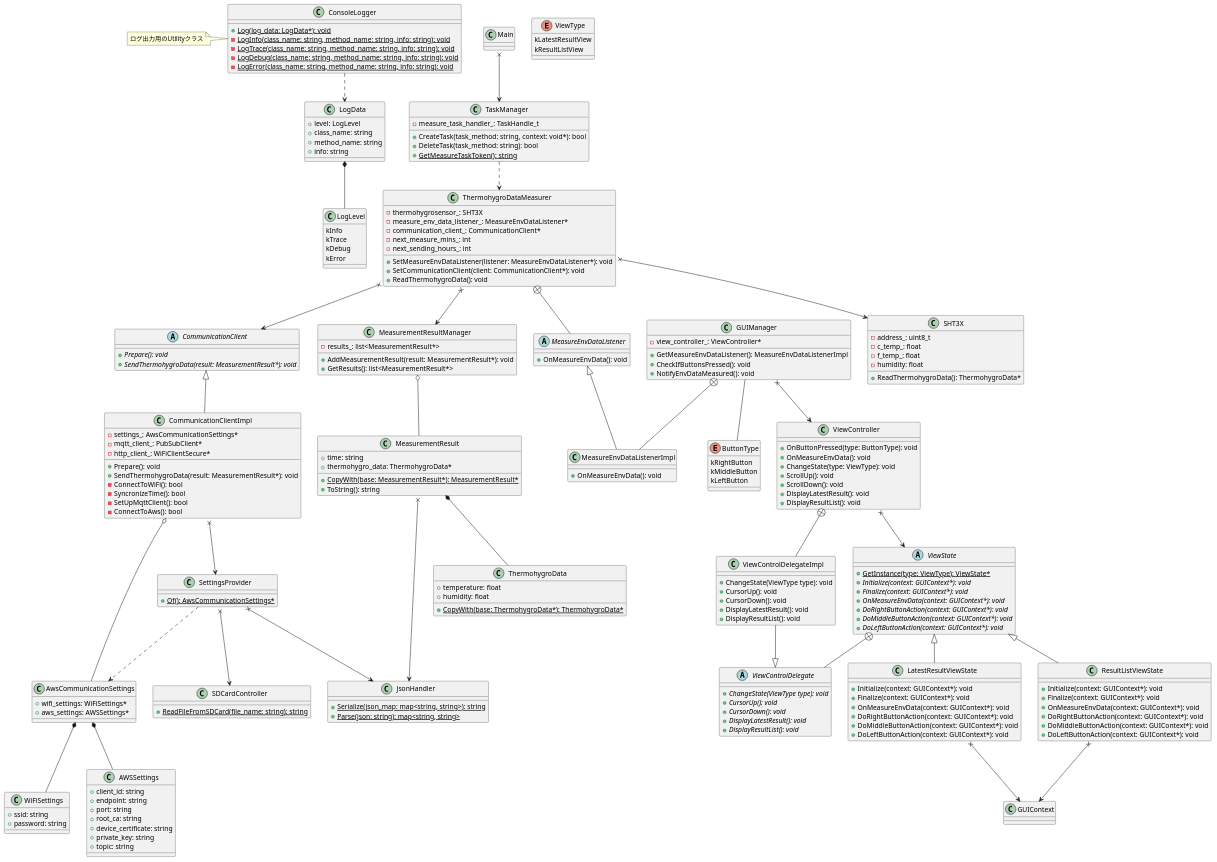
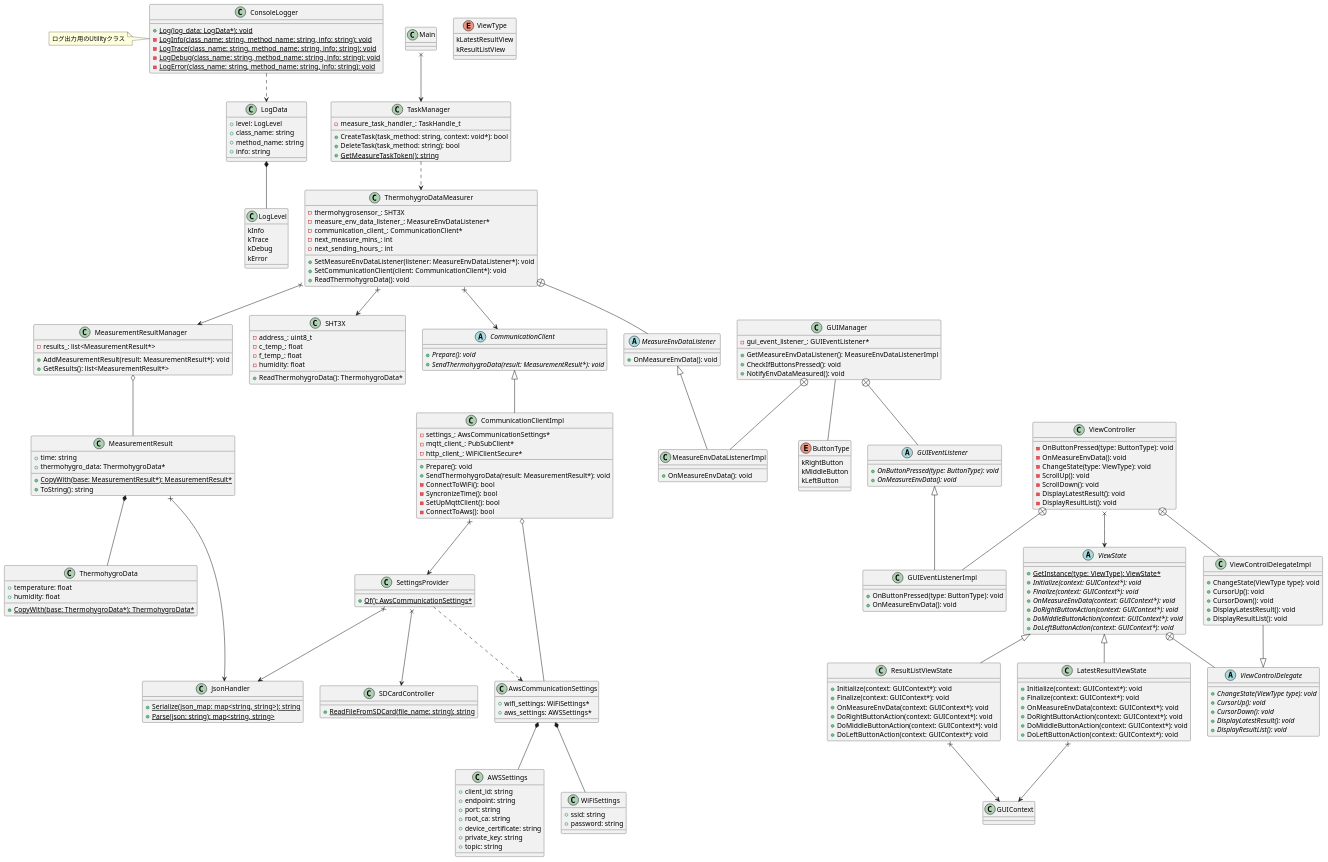
One commit to chukeblo/thermohygrometer changed the diagram in DesignDocs/M5StackThermohygrometer/class_diagram.pu. Above: the diagram before and after it, drawn with PlantUML.

Commit message:
add gui event listener in class diagram for m5stack thermohygrometer

```diff
--- a/DesignDocs/M5StackThermohygrometer/class_diagram.pu
+++ b/DesignDocs/M5StackThermohygrometer/class_diagram.pu
@@ -94,7 +94,7 @@
 }
 
 class GUIManager {
-    - view_controller_: ViewController*
+    - gui_event_listener_: GUIEventListener*
 
     + GetMeasureEnvDataListener(): MeasureEnvDataListenerImpl
     + CheckIfButtonsPressed(): void
@@ -108,8 +108,13 @@
 }
 
 GUIManager -- ButtonType
-GUIManager x--> ViewController
+GUIManager +-- GUIEventListener
 GUIManager +-- MeasureEnvDataListenerImpl
+
+abstract class GUIEventListener {
+    + {abstract} OnButtonPressed(type: ButtonType): void
+    + {abstract} OnMeasureEnvData(): void
+}
 
 class MeasureEnvDataListenerImpl {
     + OnMeasureEnvData(): void
@@ -118,16 +123,23 @@
 MeasureEnvDataListener <|-- MeasureEnvDataListenerImpl
 
 class ViewController {
+    - OnButtonPressed(type: ButtonType): void
+    - OnMeasureEnvData(): void
+    - ChangeState(type: ViewType): void
+    - ScrollUp(): void
+    - ScrollDown(): void
+    - DisplayLatestResult(): void
+    - DisplayResultList(): void
+}
+
+ViewController +-- GUIEventListenerImpl
+ViewController +-- ViewControlDelegateImpl
+
+class GUIEventListenerImpl {
     + OnButtonPressed(type: ButtonType): void
     + OnMeasureEnvData(): void
-    + ChangeState(type: ViewType): void
-    + ScrollUp(): void
-    + ScrollDown(): void
-    + DisplayLatestResult(): void
-    + DisplayResultList(): void
 }
-
-ViewController +-- ViewControlDelegateImpl
+GUIEventListener <|-- GUIEventListenerImpl
 
 class ViewControlDelegateImpl {
     + ChangeState(ViewType type): void
```
